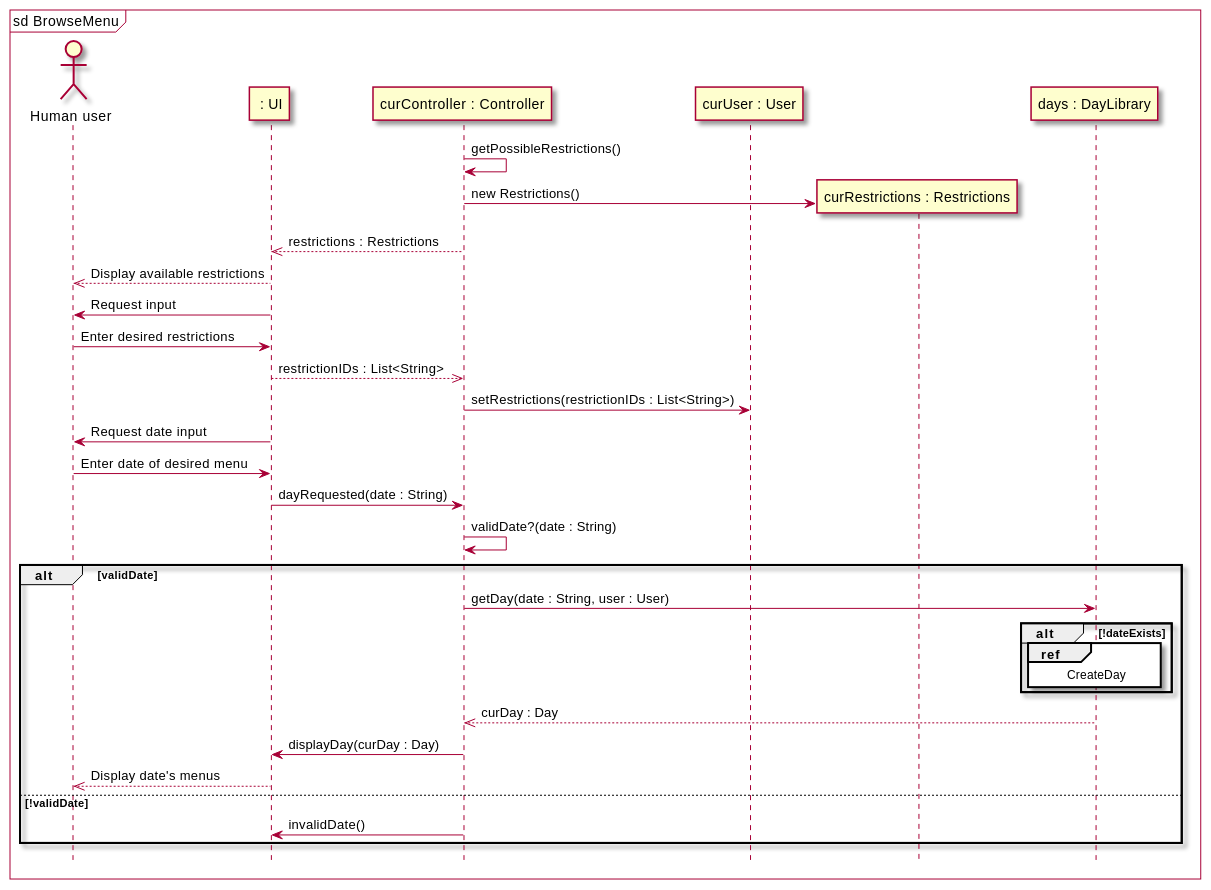
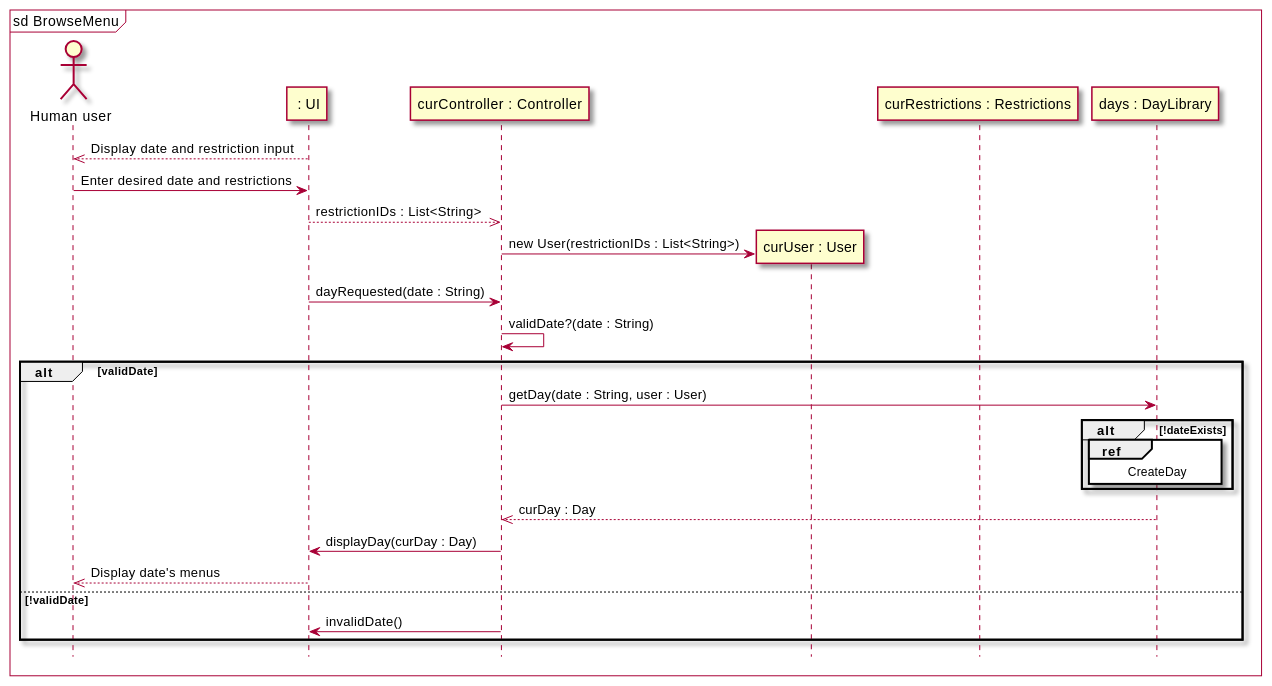
One commit to sashap100/Vassar-Dining-App changed the second of 4 diagrams in intellij/doc/design.md. Above: the diagram before and after it, drawn with PlantUML.

Commit message:
Updated browse menu and navigate app sequence diagrams

````diff
--- a/intellij/doc/design.md
+++ b/intellij/doc/design.md
@@ -111,43 +111,35 @@
 ```plantuml
 
 @startuml
 skin rose
 hide footbox
 mainframe sd BrowseMenu
 
 actor "Human user" as human
 participant " : UI" as ui
 participant "curController : Controller" as controller
 participant "curUser : User" as user
 participant "curRestrictions : Restrictions" as restriction
 participant "days : DayLibrary" as days
 
-'maybe in navigate when app first opened
-controller -> controller : getPossibleRestrictions()
-controller -> restriction **: new Restrictions()
-controller -->> ui : restrictions : Restrictions
-
-ui -->> human : Display available restrictions
-ui -> human : Request input
-human -> ui : Enter desired restrictions
+ui -->> human : Display date and restriction input
+human -> ui : Enter desired date and restrictions
 ui -->> controller : restrictionIDs : List<String>
-controller -> user : setRestrictions(restrictionIDs : List<String>)
-ui -> human : Request date input
-human -> ui : Enter date of desired menu
+controller -> user **: new User(restrictionIDs : List<String>)
 ui -> controller : dayRequested(date : String)
 controller -> controller : validDate?(date : String)
 alt validDate
     controller -> days : getDay(date : String, user : User)
     alt !dateExists
         ref over days
         CreateDay
         end ref
     end
     days -->> controller : curDay : Day
     controller -> ui : displayDay(curDay : Day)
     ui -->> human : Display date's menus
 else !validDate
     controller -> ui : invalidDate()
 end
 @enduml
 ```
````
